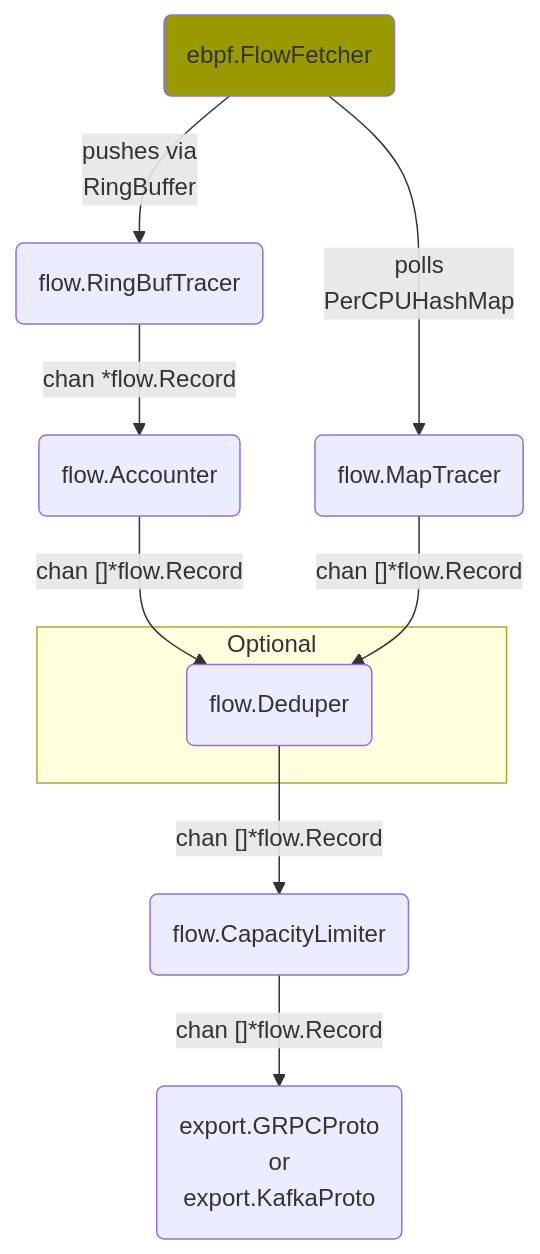
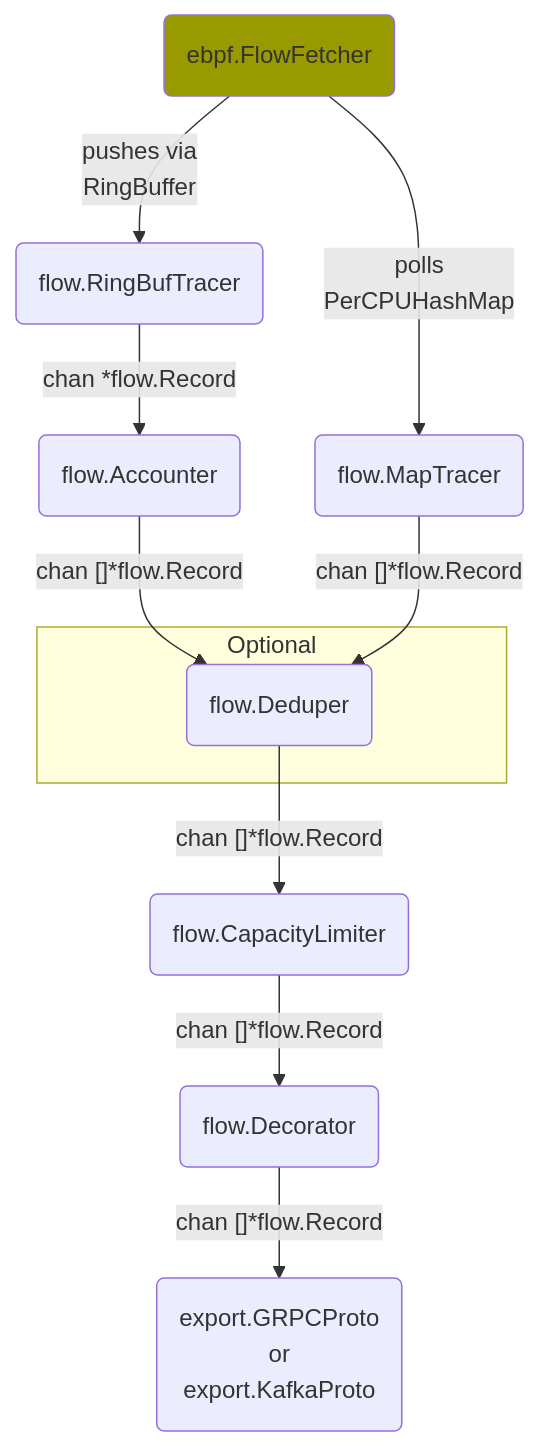
Before and after one commit to netobserv/netobserv-ebpf-agent: the diagram in docs/architecture.md, drawn with Mermaid. The commit also changed 17 other files, not shown here.

First line of the commit message:
NETOBSERV-759: decorate flows with agent IP

````diff
--- a/docs/architecture.md
+++ b/docs/architecture.md
@@ -10,18 +10,20 @@
 ```mermaid
 flowchart TD
     E(ebpf.FlowFetcher) --> |"pushes via<br/>RingBuffer"| RB(flow.RingBufTracer)
     style E fill:#990
 
     E --> |"polls<br/>PerCPUHashMap"| M(flow.MapTracer)
     RB --> |chan *flow.Record| ACC(flow.Accounter)
     ACC --> |"chan []*flow.Record"| DD(flow.Deduper)
     M --> |"chan []*flow.Record"| DD
 
     subgraph Optional
         DD
     end
 
     DD --> |"chan []*flow.Record"| CL(flow.CapacityLimiter)
 
-    CL --> |"chan []*flow.Record"| EX("export.GRPCProto<br/>or<br/>export.KafkaProto")
+    CL --> |"chan []*flow.Record"| DC(flow.Decorator)
+    
+    DC --> |"chan []*flow.Record"| EX("export.GRPCProto<br/>or<br/>export.KafkaProto")
 ```
````
